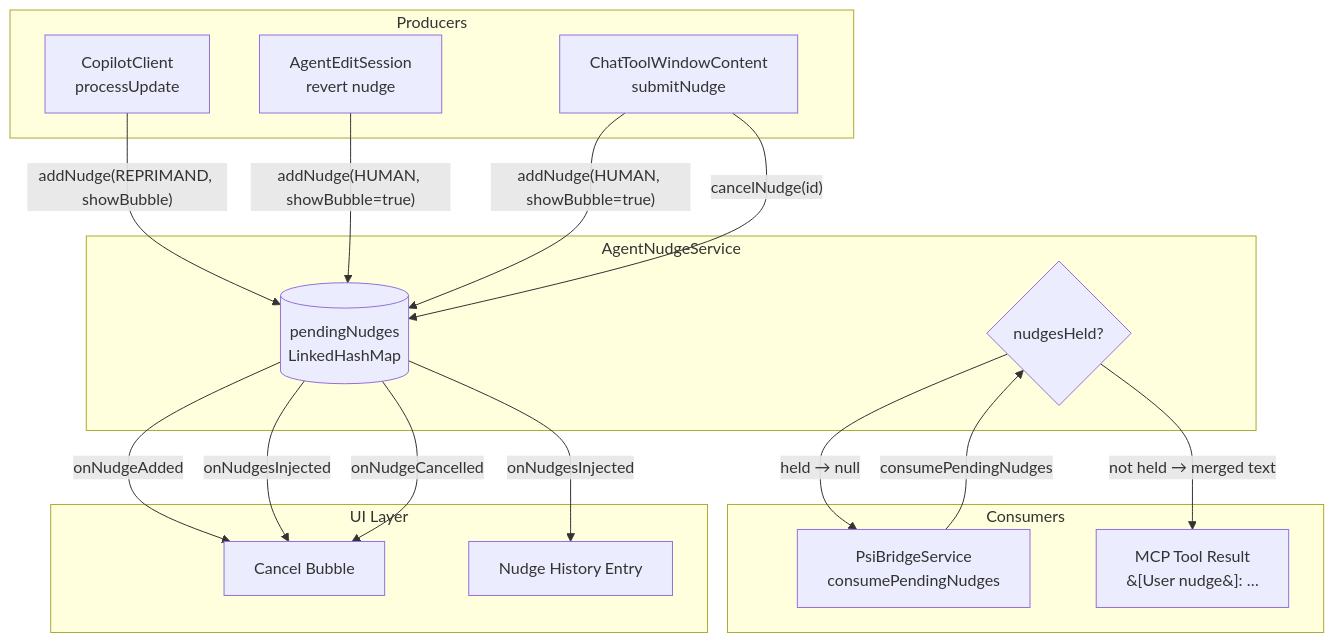
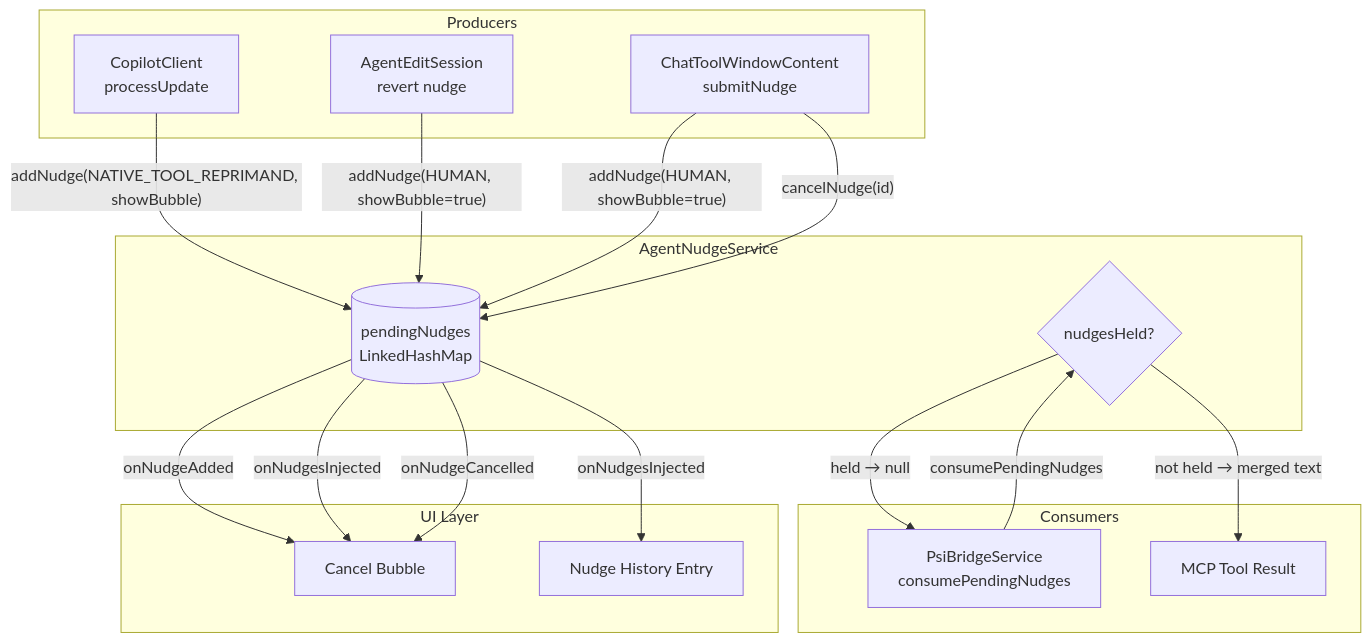
The first of 3 diagrams in docs/NUDGE-ARCHITECTURE.md (catatafishen/agentbridge), drawn with Mermaid before and after one commit. The commit also changed other lines of this file and 9 other files, not shown here.

````diff
--- a/docs/NUDGE-ARCHITECTURE.md
+++ b/docs/NUDGE-ARCHITECTURE.md
@@ -39,36 +40,35 @@
 ```mermaid
 graph TD
     subgraph Producers
         CC[CopilotClient<br/>processUpdate]
         AES[AgentEditSession<br/>revert nudge]
         UI[ChatToolWindowContent<br/>submitNudge]
     end
 
     subgraph AgentNudgeService
         Q[(pendingNudges<br/>LinkedHashMap)]
         HLD{nudgesHeld?}
     end
 
     subgraph Consumers
         PBS[PsiBridgeService<br/>consumePendingNudges]
-        MCP[MCP Tool Result<br/>&#91;User nudge&#93;: …]
+        MCP[MCP Tool Result]
     end
 
     subgraph UI Layer
         BUB[Cancel Bubble]
         HIST[Nudge History Entry]
     end
 
-    CC -- "addNudge(REPRIMAND, showBubble)" --> Q
-    AES -- "addNudge(HUMAN, showBubble=true)" --> Q
-    UI -- "addNudge(HUMAN, showBubble=true)" --> Q
-
+    CC -- " addNudge(NATIVE_TOOL_REPRIMAND, showBubble) " --> Q
+    AES -- " addNudge(HUMAN, showBubble=true) " --> Q
+    UI -- " addNudge(HUMAN, showBubble=true) " --> Q
     Q -- onNudgeAdded --> BUB
     PBS -- consumePendingNudges --> HLD
-    HLD -- "held → null" --> PBS
-    HLD -- "not held → merged text" --> MCP
+    HLD -- " held → null " --> PBS
+    HLD -- " not held → merged text " --> MCP
     Q -- onNudgesInjected --> HIST
     Q -- onNudgesInjected --> BUB
-    UI -- "cancelNudge(id)" --> Q
+    UI -- " cancelNudge(id) " --> Q
     Q -- onNudgeCancelled --> BUB
 ```
````
